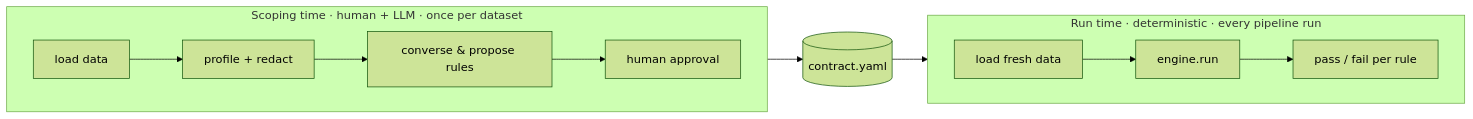
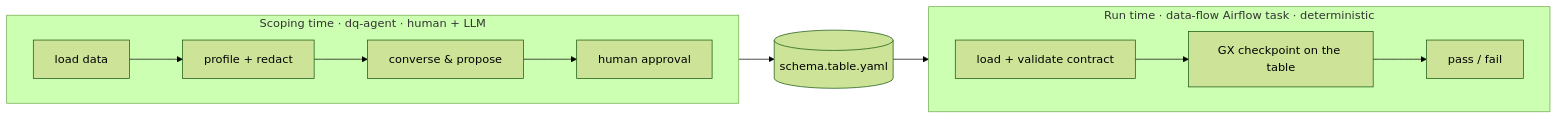
The diagram in README.md (JBarone90/dq-agent), drawn with Mermaid (forest theme) before and after one commit. The commit also changed other lines of this file and 3 other files, not shown here.

Commit message:
docs: describe gx contracts and the data-flow kit

````diff
--- a/README.md
+++ b/README.md
@@ -59,13 +61,13 @@
 ```mermaid
 flowchart LR
-    subgraph S["Scoping time · human + LLM · once per dataset"]
+    subgraph S["Scoping time · dq-agent · human + LLM"]
         direction LR
-        A[load data] --> B[profile + redact] --> C[converse & propose rules] --> D[human approval]
+        A[load data] --> B[profile + redact] --> C[converse & propose] --> D[human approval]
     end
-    D --> E[(contract.yaml)]
-    subgraph R["Run time · deterministic · every pipeline run"]
+    D --> E[(schema.table.yaml)]
+    subgraph R["Run time · data-flow Airflow task · deterministic"]
         direction LR
-        F[load fresh data] --> G[engine.run] --> H[pass / fail per rule]
+        F[load + validate contract] --> G[GX checkpoint on the table] --> H[pass / fail]
     end
-    E --> G
+    E --> F
 ```
````
